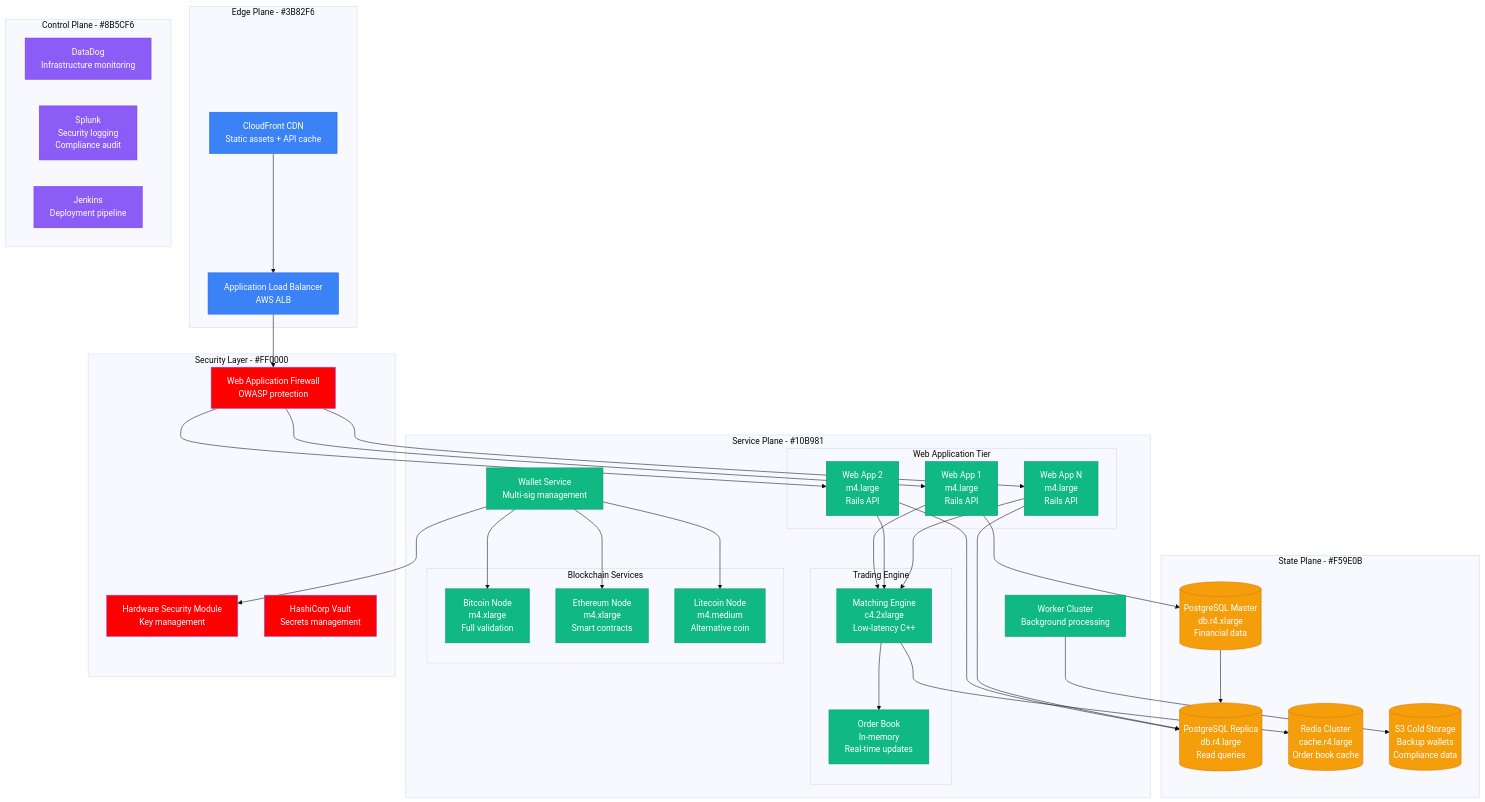
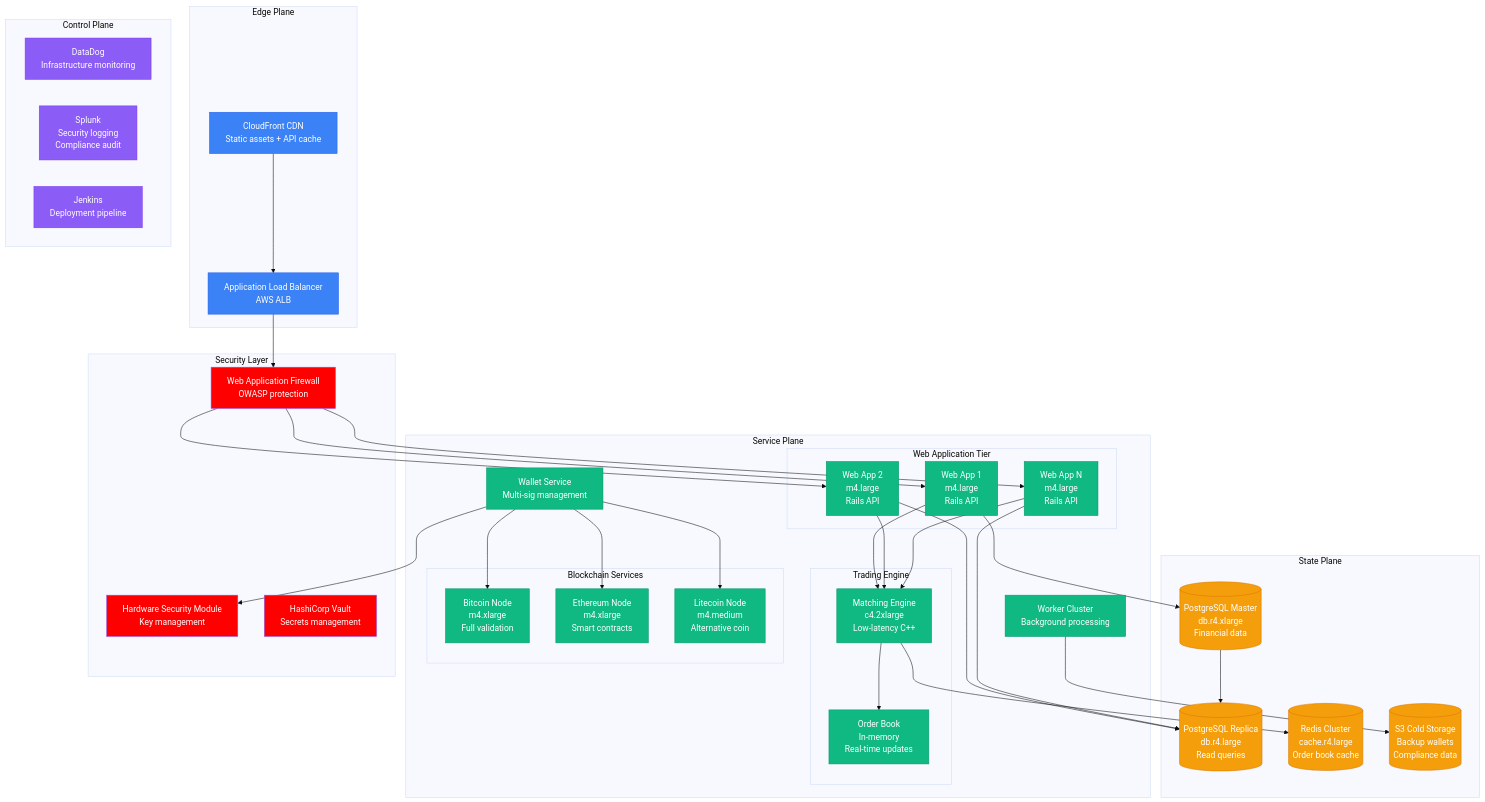
One commit to deepaucksharma/DS changed the second of 3 diagrams in site/docs/scaling/coinbase-scale-evolution.md. Above: the diagram before and after it, drawn with Mermaid (base theme). The commit also changed other lines of this file and 169 other files, not shown here.

````diff
--- a/site/docs/scaling/coinbase-scale-evolution.md
+++ b/site/docs/scaling/coinbase-scale-evolution.md
@@ -104,11 +104,11 @@
 ```mermaid
 graph TB
-    subgraph EdgePlane[Edge Plane - #3B82F6]
+    subgraph EdgePlane["Edge Plane"]
         ALB[Application Load Balancer<br/>AWS ALB]
         CLOUDFRONT[CloudFront CDN<br/>Static assets + API cache]
     end
 
-    subgraph ServicePlane[Service Plane - #10B981]
+    subgraph ServicePlane["Service Plane"]
         subgraph WebTier[Web Application Tier]
             WEB1[Web App 1<br/>m4.large<br/>Rails API]
             WEB2[Web App 2<br/>m4.large<br/>Rails API]
@@ -130,20 +130,20 @@
         WORKER_CLUSTER[Worker Cluster<br/>Background processing]
     end
 
-    subgraph StatePlane[State Plane - #F59E0B]
+    subgraph StatePlane["State Plane"]
         POSTGRES_M[(PostgreSQL Master<br/>db.r4.xlarge<br/>Financial data)]
         POSTGRES_R[(PostgreSQL Replica<br/>db.r4.large<br/>Read queries)]
         REDIS_CLUSTER[(Redis Cluster<br/>cache.r4.large<br/>Order book cache)]
         S3_COLD[(S3 Cold Storage<br/>Backup wallets<br/>Compliance data)]
     end
 
-    subgraph ControlPlane[Control Plane - #8B5CF6]
+    subgraph ControlPlane["Control Plane"]
         DATADOG[DataDog<br/>Infrastructure monitoring]
         SPLUNK[Splunk<br/>Security logging<br/>Compliance audit]
         JENKINS[Jenkins<br/>Deployment pipeline]
     end
 
-    subgraph SecurityLayer[Security Layer - #FF0000]
+    subgraph SecurityLayer["Security Layer"]
         WAF[Web Application Firewall<br/>OWASP protection]
         HSM[Hardware Security Module<br/>Key management]
         VAULT[HashiCorp Vault<br/>Secrets management]
````
